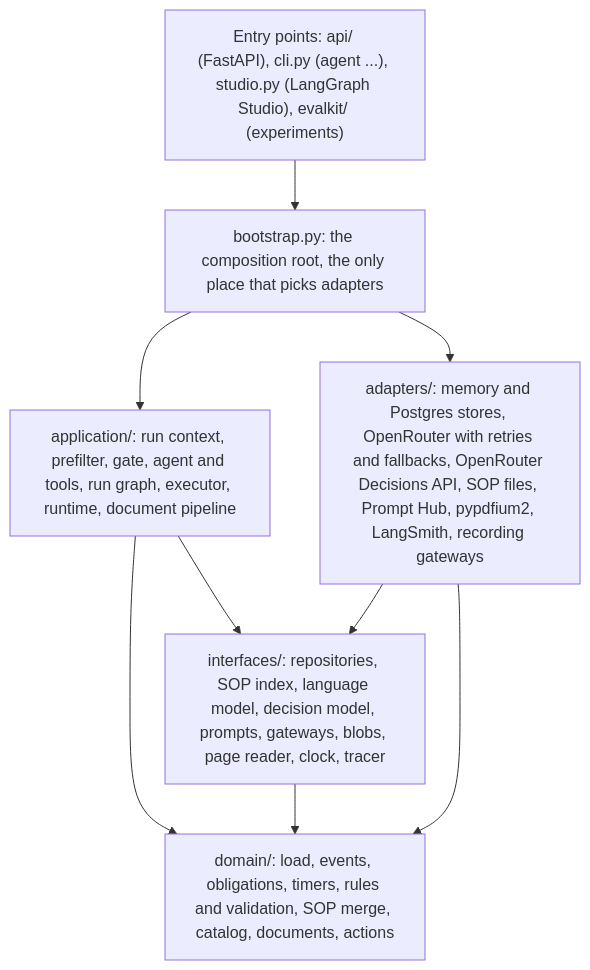
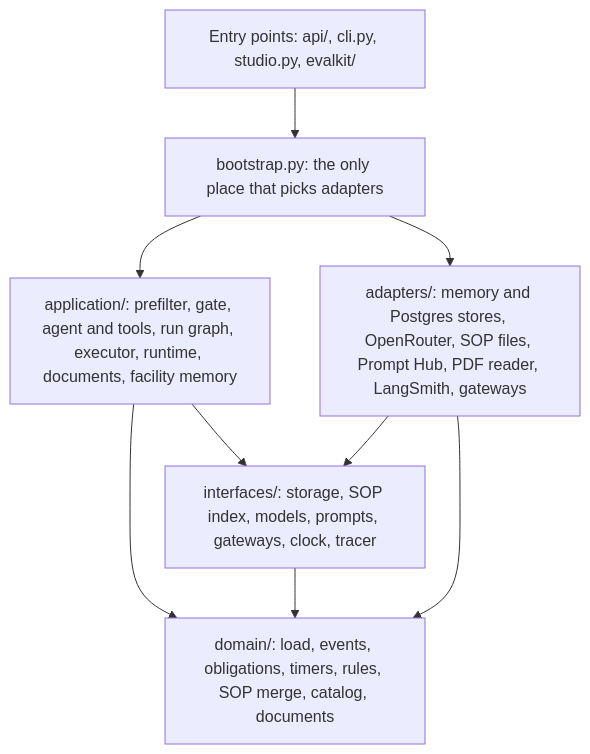
Before and after one commit to pedrocwb/freight-hero-assessment: the second of 11 diagrams in docs/architecture.md, drawn with Mermaid. The commit also changed other lines of this file and 1 other file, not shown here.

First line of the commit message:
Rewrite the answers and the architecture in plain language

````diff
--- a/docs/architecture.md
+++ b/docs/architecture.md
@@ -77,18 +79,18 @@
 ```mermaid
 flowchart TB
-  entry["Entry points: api/ (FastAPI), cli.py (agent ...), studio.py (LangGraph Studio), evalkit/ (experiments)"]
-  boot["bootstrap.py: the composition root, the only place that picks adapters"]
-  app["application/: run context, prefilter, gate, agent and tools, run graph, executor, runtime, document pipeline"]
-  interfaces["interfaces/: repositories, SOP index, language model, decision model, prompts, gateways, blobs, page reader, clock, tracer"]
-  domain["domain/: load, events, obligations, timers, rules and validation, SOP merge, catalog, documents, actions"]
-  adapters["adapters/: memory and Postgres stores, OpenRouter with retries and fallbacks, OpenRouter Decisions API, SOP files, Prompt Hub, pypdfium2, LangSmith, recording gateways"]
+  entry["Entry points: api/, cli.py, studio.py, evalkit/"]
+  boot["bootstrap.py: the only place that picks adapters"]
+  app["application/: prefilter, gate, agent and tools, run graph, executor, runtime, documents, facility memory"]
+  interfaces["interfaces/: storage, SOP index, models, prompts, gateways, clock, tracer"]
+  domain["domain/: load, events, obligations, timers, rules, SOP merge, catalog, documents"]
+  adapters["adapters/: memory and Postgres stores, OpenRouter, SOP files, Prompt Hub, PDF reader, LangSmith, gateways"]
 
   entry --> boot
   boot --> app
   boot --> adapters
   app --> interfaces
   app --> domain
   interfaces --> domain
   adapters --> interfaces
   adapters --> domain
 ```
````
